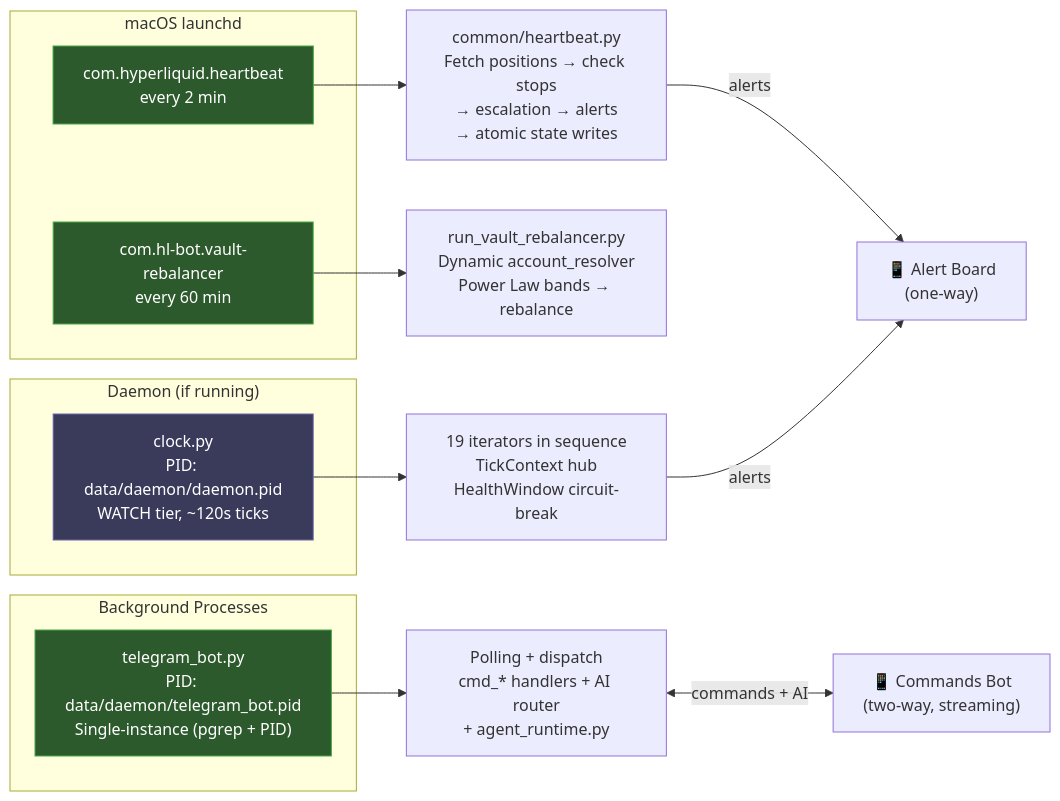
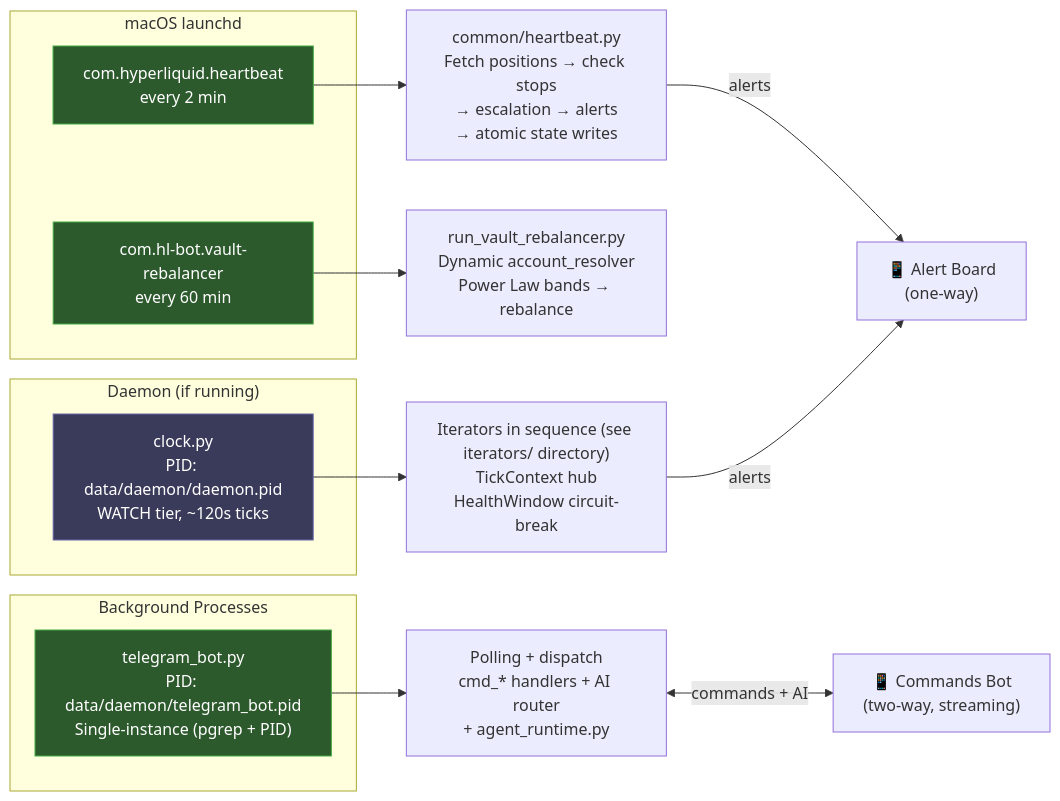
The seventh of 10 diagrams in docs/wiki/architecture/current.md (Chris0x88/hyperliquid-agent), drawn with Mermaid before and after one commit.

Commit message:
alignment: drop hardcoded iterator count from current.md per MAINTAINING.md
The historical v1/v3 rows in the version table keep their period-describing
counts (those describe what v1/v3 WERE, not current state). The current-state
process diagram now references the iterators/ directory instead of a hardcoded
number that goes stale every time an iterator is added (e.g. liquidation_monitor
this session).

````diff
--- a/docs/wiki/architecture/current.md
+++ b/docs/wiki/architecture/current.md
@@ -361,29 +361,29 @@
 ```mermaid
 graph LR
     subgraph LAUNCHD["macOS launchd"]
         L1["com.hyperliquid.heartbeat<br/>every 2 min"]
         L2["com.hl-bot.vault-rebalancer<br/>every 60 min"]
     end
 
     subgraph BACKGROUND["Background Processes"]
         P1["telegram_bot.py<br/>PID: data/daemon/telegram_bot.pid<br/>Single-instance (pgrep + PID)"]
     end
 
     subgraph DAEMON_PROC["Daemon (if running)"]
         P2["clock.py<br/>PID: data/daemon/daemon.pid<br/>WATCH tier, ~120s ticks"]
     end
 
     L1 --> HB["common/heartbeat.py<br/>Fetch positions → check stops<br/>→ escalation → alerts<br/>→ atomic state writes"]
     L2 --> VR["run_vault_rebalancer.py<br/>Dynamic account_resolver<br/>Power Law bands → rebalance"]
     P1 --> BOT["Polling + dispatch<br/>cmd_* handlers + AI router<br/>+ agent_runtime.py"]
-    P2 --> DAEMON["19 iterators in sequence<br/>TickContext hub<br/>HealthWindow circuit-break"]
+    P2 --> DAEMON["Iterators in sequence (see iterators/ directory)<br/>TickContext hub<br/>HealthWindow circuit-break"]
 
     HB -->|"alerts"| TG_ALERTS["📱 Alert Board<br/>(one-way)"]
     BOT <-->|"commands + AI"| TG_CMD["📱 Commands Bot<br/>(two-way, streaming)"]
     DAEMON -->|"alerts"| TG_ALERTS
 
     classDef process fill:#2d5a2d,stroke:#4a4,color:#fff
     classDef daemon fill:#3a3a5a,stroke:#66a,color:#fff
     class P1,L1,L2 process
     class P2 daemon
 ```
````
